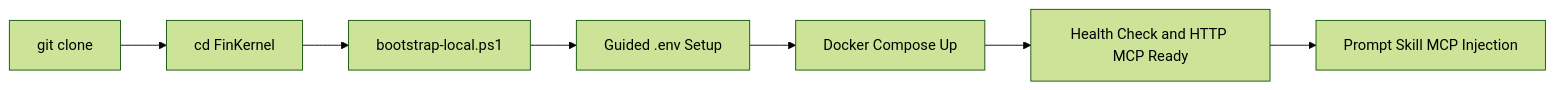
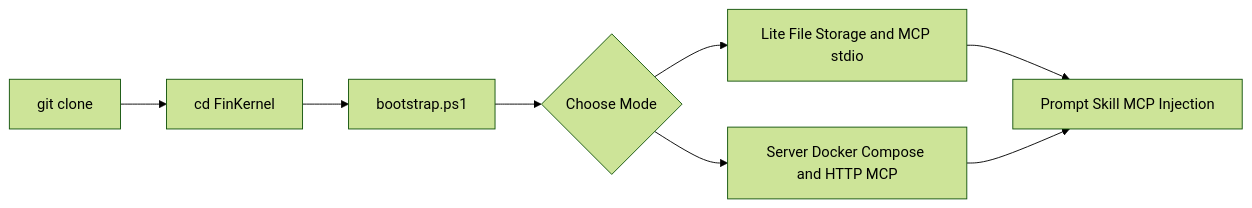
One commit to JiwenS/FinKernel changed the second of 2 diagrams in README.md. Above: the diagram before and after it, drawn with Mermaid (forest theme). The commit also changed other lines of this file and 36 other files, not shown here.

Commit message:
add lite mode

````diff
--- a/README.md
+++ b/README.md
@@ -142,9 +143,10 @@
 ```mermaid
 flowchart LR
     A[git clone] --> B[cd FinKernel]
-    B --> C[bootstrap-local.ps1]
-    C --> D[Guided .env Setup]
-    D --> E[Docker Compose Up]
-    E --> F[Health Check and HTTP MCP Ready]
+    B --> C[bootstrap.ps1]
+    C --> D{Choose Mode}
+    D --> E[Lite File Storage and MCP stdio]
+    D --> F[Server Docker Compose and HTTP MCP]
+    E --> G[Prompt Skill MCP Injection]
     F --> G[Prompt Skill MCP Injection]
 ```
````
